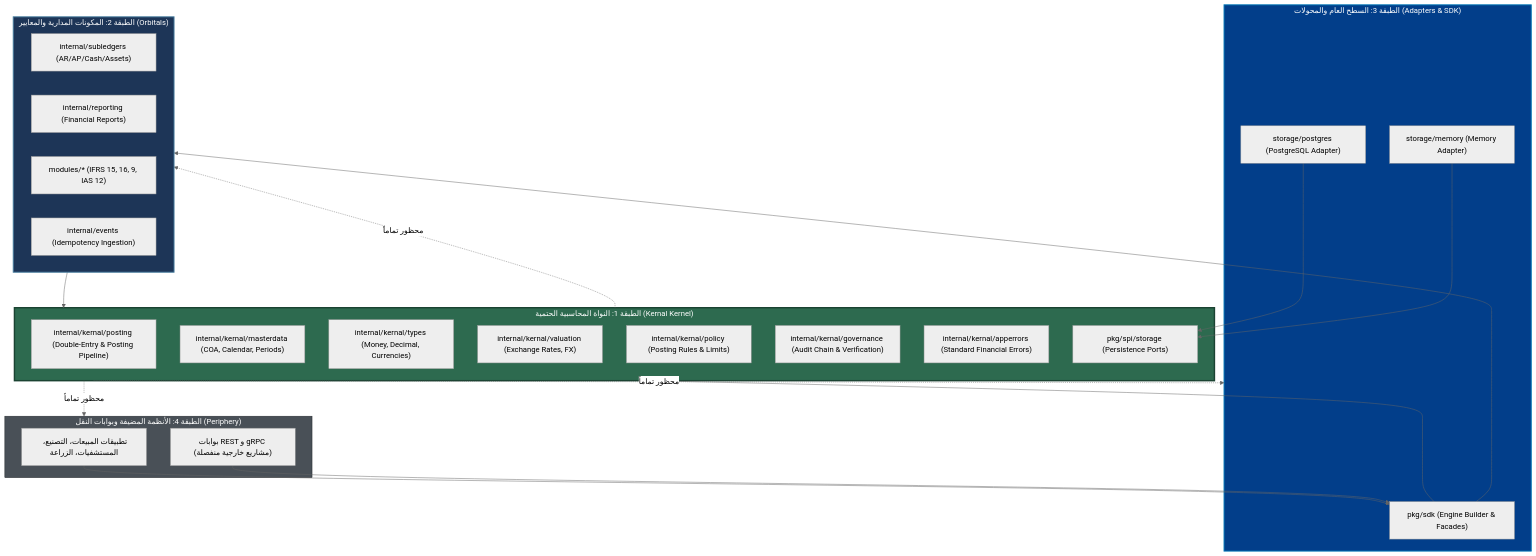
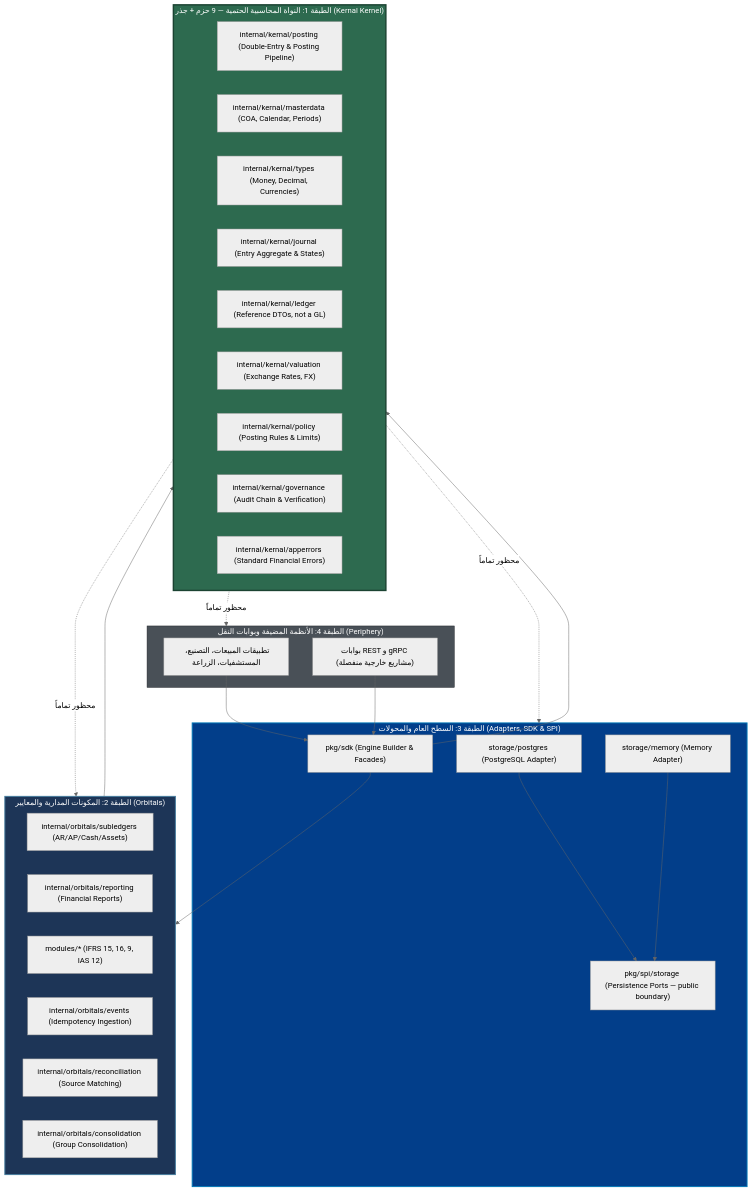
One commit to osmai4603-collab/accountant_engine changed the diagram in docs/architecture/ARCHITECTURAL_PRINCIPLES_CHARTER.md. Above: the diagram before and after it, drawn with Mermaid (neutral theme). The commit also changed other lines of this file and 155 other files, not shown here.

````diff
--- a/docs/architecture/ARCHITECTURAL_PRINCIPLES_CHARTER.md
+++ b/docs/architecture/ARCHITECTURAL_PRINCIPLES_CHARTER.md
@@ -150,50 +153,55 @@
 ```mermaid
 flowchart TD
     subgraph Layer4 ["الطبقة 4: الأنظمة المضيفة وبوابات النقل (Periphery)"]
         HOST["تطبيقات المبيعات، التصنيع، المستشفيات، الزراعة"]
         GW["بوابات REST و gRPC (مشاريع خارجية منفصلة)"]
     end
 
-    subgraph Layer3 ["الطبقة 3: السطح العام والمحولات (Adapters & SDK)"]
+    subgraph Layer3 ["الطبقة 3: السطح العام والمحولات (Adapters, SDK & SPI)"]
         SDK["pkg/sdk (Engine Builder & Facades)"]
+        SPI["pkg/spi/storage (Persistence Ports — public boundary)"]
         ADAPT_PG["storage/postgres (PostgreSQL Adapter)"]
         ADAPT_MEM["storage/memory (Memory Adapter)"]
     end
 
     subgraph Layer2 ["الطبقة 2: المكونات المدارية والمعايير (Orbitals)"]
-        SUBLEDGERS["internal/subledgers (AR/AP/Cash/Assets)"]
-        REPORTING["internal/reporting (Financial Reports)"]
+        SUBLEDGERS["internal/orbitals/subledgers (AR/AP/Cash/Assets)"]
+        REPORTING["internal/orbitals/reporting (Financial Reports)"]
         STANDARDS["modules/* (IFRS 15, 16, 9, IAS 12)"]
-        EVENTS["internal/events (Idempotency Ingestion)"]
+        EVENTS["internal/orbitals/events (Idempotency Ingestion)"]
+        RECON["internal/orbitals/reconciliation (Source Matching)"]
+        CONSOL["internal/orbitals/consolidation (Group Consolidation)"]
     end
 
-    subgraph Layer1 ["الطبقة 1: النواة المحاسبية الحتمية (Kernal Kernel)"]
+    subgraph Layer1 ["الطبقة 1: النواة المحاسبية الحتمية — 9 حزم + جذر (Kernal Kernel)"]
         POSTING["internal/kernal/posting (Double-Entry & Posting Pipeline)"]
         MASTER["internal/kernal/masterdata (COA, Calendar, Periods)"]
         TYPES["internal/kernal/types (Money, Decimal, Currencies)"]
+        JOURNAL["internal/kernal/journal (Entry Aggregate & States)"]
+        LEDGER["internal/kernal/ledger (Reference DTOs, not a GL)"]
         VALUATION["internal/kernal/valuation (Exchange Rates, FX)"]
         POLICY["internal/kernal/policy (Posting Rules & Limits)"]
         GOVERNANCE["internal/kernal/governance (Audit Chain & Verification)"]
         APPERRORS["internal/kernal/apperrors (Standard Financial Errors)"]
-        SPI["pkg/spi/storage (Persistence Ports)"]
     end
 
     %% اتجاه الاعتماديات الإلزامي
     HOST --> SDK
     GW --> SDK
     ADAPT_PG --> SPI
     ADAPT_MEM --> SPI
     SDK --> Layer1
     SDK --> Layer2
     Layer2 --> Layer1
 
     %% قاعدة منع العكس
     Layer1 -.->|محظور تماماً| Layer2
     Layer1 -.->|محظور تماماً| Layer3
     Layer1 -.->|محظور تماماً| Layer4
+    %% ADR P7-01: pkg/api/v1 وحدها تملك جسر أسماء مستعارة إلى internal/kernal؛ pkg/spi ممنوع
 
     style Layer1 fill:#2d6a4f,stroke:#1b4332,stroke-width:3px,color:#fff;
     style Layer2 fill:#1d3557,stroke:#457b9d,stroke-width:2px,color:#fff;
     style Layer3 fill:#023e8a,stroke:#0077b6,stroke-width:2px,color:#fff;
     style Layer4 fill:#495057,stroke:#212529,stroke-width:1px,color:#fff;
 ```
````
